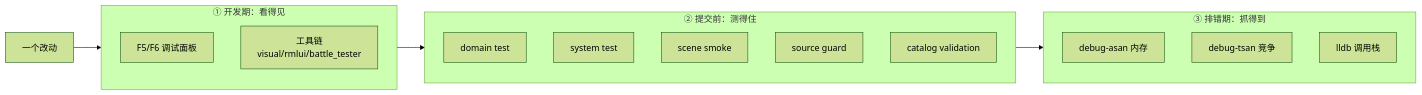
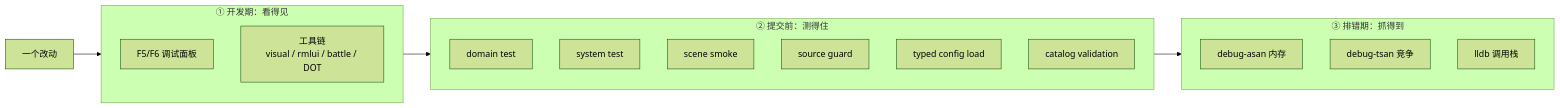
Before and after one commit to WispSnow/TinyFarmRPG: the diagram in lecture_plans/lectures/26-调试测试与课程收尾.md, drawn with Mermaid (forest theme). The commit also changed other lines of this file and 23 other files, not shown here.

````diff
--- a/lecture_plans/lectures/26-调试测试与课程收尾.md
+++ b/lecture_plans/lectures/26-调试测试与课程收尾.md
@@ -30,21 +31,22 @@
 ```mermaid
 flowchart LR
     CHANGE["一个改动"] --> D1
     subgraph D1["① 开发期：看得见"]
         PANEL["F5/F6 调试面板"]
-        TOOLS["工具链<br/>visual/rmlui/battle_tester"]
+        TOOLS["工具链<br/>visual / rmlui / battle / DOT"]
     end
     subgraph D2["② 提交前：测得住"]
         DOMAIN["domain test"]
         SYS["system test"]
         SMOKE["scene smoke"]
         GUARD["source guard"]
+        JSON["typed config load"]
         CAT["catalog validation"]
     end
     subgraph D3["③ 排错期：抓得到"]
         ASAN["debug-asan 内存"]
         TSAN["debug-tsan 竞争"]
         LLDB["lldb 调用栈"]
     end
     D1 --> D2 --> D3
 ```
````
